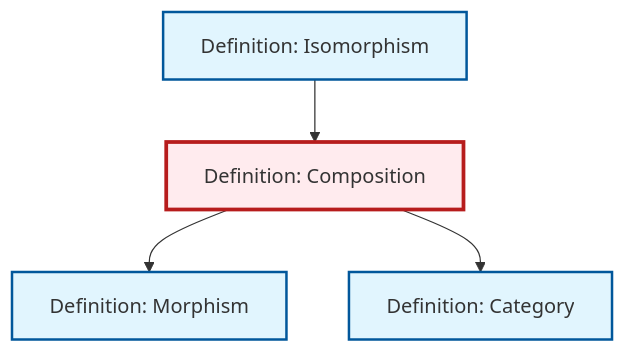
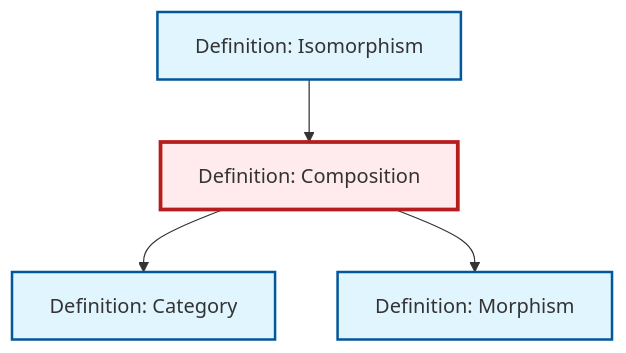
Before and after one commit to RK0429/ModernMath: the diagram in content/ja/category-theory/def-composition.qmd, drawn with Mermaid. The commit also changed other lines of this file and 615 other files, not shown here.

````diff
--- a/content/ja/category-theory/def-composition.qmd
+++ b/content/ja/category-theory/def-composition.qmd
@@ -93,20 +93,20 @@
 ```{mermaid}
 %%| fig-cap: "Local dependency graph"
 graph TD
     classDef definition fill:#e1f5fe,stroke:#01579b,stroke-width:2px
     classDef theorem fill:#f3e5f5,stroke:#4a148c,stroke-width:2px
     classDef axiom fill:#fff3e0,stroke:#e65100,stroke-width:2px
     classDef example fill:#e8f5e9,stroke:#1b5e20,stroke-width:2px
     classDef current fill:#ffebee,stroke:#b71c1c,stroke-width:3px
-    def-isomorphism["Definition: Isomorphism"]:::definition
     def-category["Definition: Category"]:::definition
     def-composition["Definition: Composition"]:::definition
+    def-isomorphism["Definition: Isomorphism"]:::definition
     def-morphism["Definition: Morphism"]:::definition
-    def-composition --> def-morphism
     def-isomorphism --> def-composition
     def-composition --> def-category
+    def-composition --> def-morphism
     class def-composition current
+    click def-category "def-category.html" "Definition: Categoryへ"
     click def-isomorphism "def-isomorphism.html" "Definition: Isomorphismへ"
-    click def-category "def-category.html" "Definition: Categoryへ"
     click def-morphism "def-morphism.html" "Definition: Morphismへ"
 ```
````
